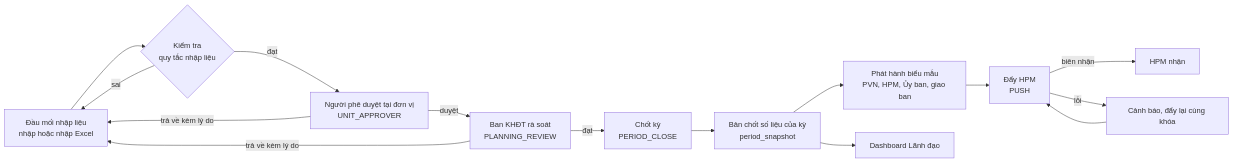
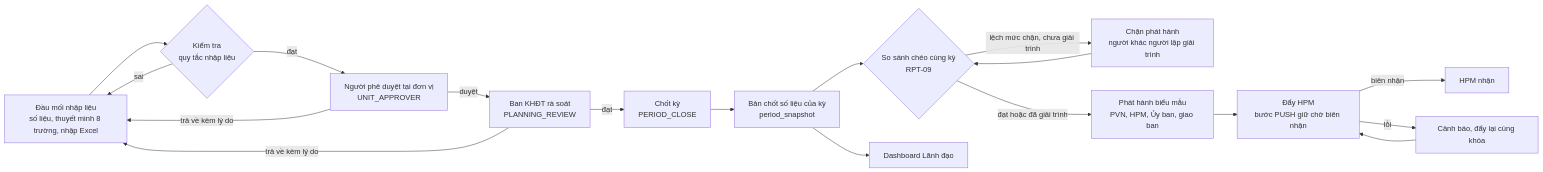
One commit to trungtm78/PIS changed the first of 2 diagrams in docs/delivery/02-to-be-process.md. Above: the diagram before and after it, drawn with Mermaid. The commit also changed other lines of this file and 10 other files, not shown here.

````diff
--- a/docs/delivery/02-to-be-process.md
+++ b/docs/delivery/02-to-be-process.md
@@ -22,17 +22,20 @@
 ```mermaid
 flowchart LR
-  A[Đầu mối nhập liệu<br/>nhập hoặc nhập Excel] --> B{Kiểm tra<br/>quy tắc nhập liệu}
+  A[Đầu mối nhập liệu<br/>số liệu, thuyết minh 8 trường, nhập Excel] --> B{Kiểm tra<br/>quy tắc nhập liệu}
   B -- sai --> A
   B -- đạt --> C[Người phê duyệt tại đơn vị<br/>UNIT_APPROVER]
   C -- trả về kèm lý do --> A
   C -- duyệt --> D[Ban KHĐT rà soát<br/>PLANNING_REVIEW]
   D -- trả về kèm lý do --> A
   D -- đạt --> E[Chốt kỳ<br/>PERIOD_CLOSE]
   E --> F[Bản chốt số liệu của kỳ<br/>period_snapshot]
-  F --> G[Phát hành biểu mẫu<br/>PVN, HPM, Ủy ban, giao ban]
+  F --> X{So sánh chéo cùng kỳ<br/>RPT-09}
+  X -- lệch mức chặn, chưa giải trình --> Y[Chặn phát hành<br/>người khác người lập giải trình]
+  Y --> X
+  X -- đạt hoặc đã giải trình --> G[Phát hành biểu mẫu<br/>PVN, HPM, Ủy ban, giao ban]
   F --> H[Dashboard Lãnh đạo]
-  G --> I[Đẩy HPM<br/>PUSH]
+  G --> I[Đẩy HPM<br/>bước PUSH giữ chờ biên nhận]
   I -- biên nhận --> J[HPM nhận]
   I -- lỗi --> K[Cảnh báo, đẩy lại cùng khóa]
   K --> I
 ```
````
